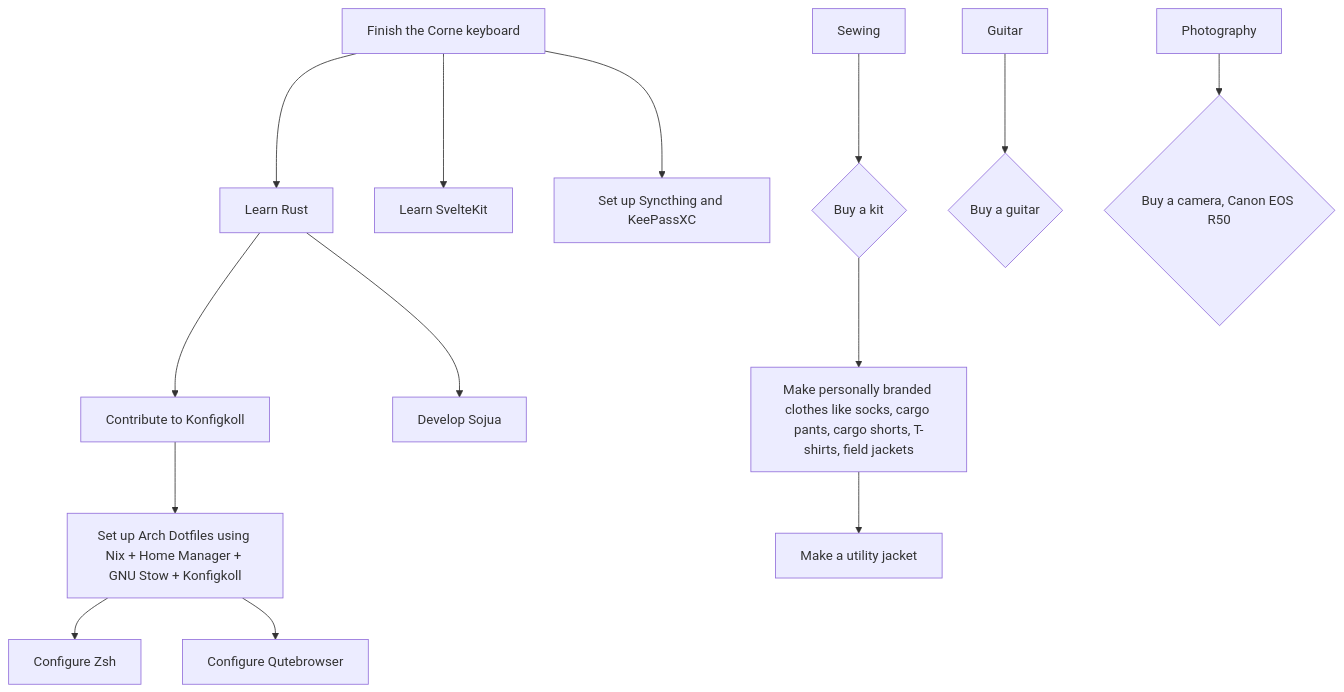
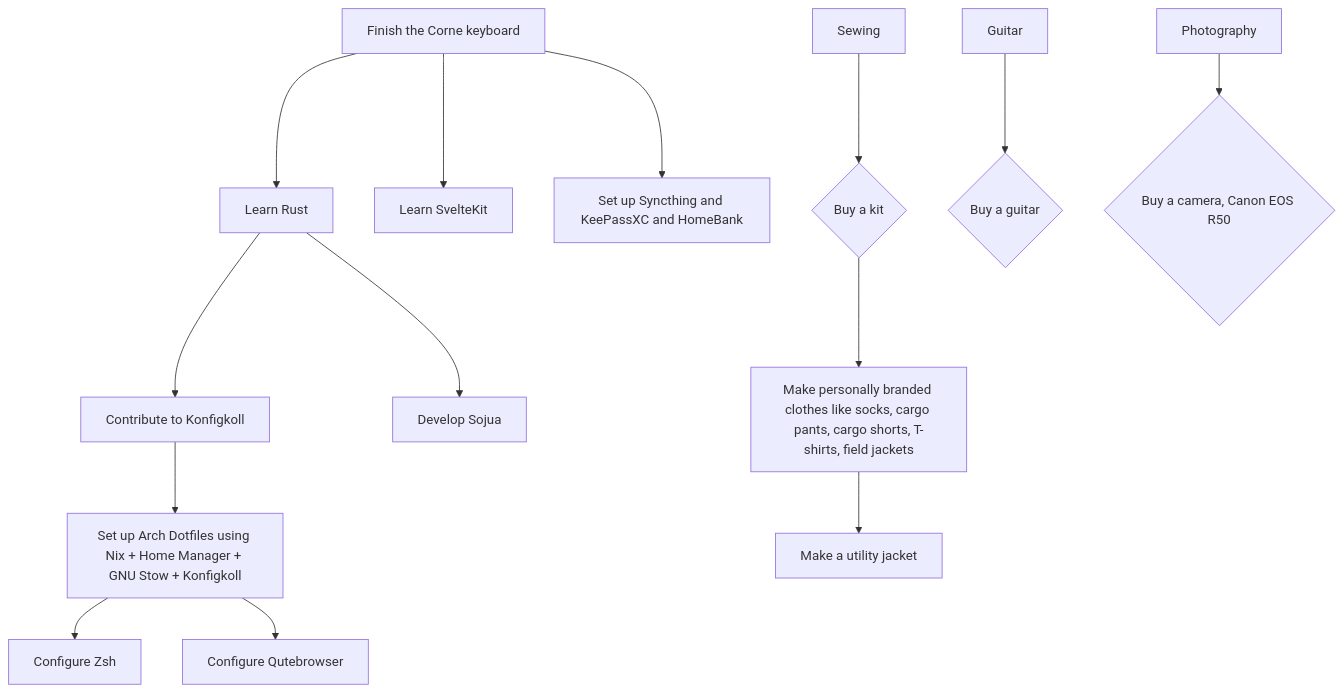
One commit to PokumeKachi/ybiau changed the first of 3 diagrams in notes/td7kggh8.md. Above: the diagram before and after it, drawn with Mermaid. The commit also changed 2 other files, not shown here.

Commit message:
feat: add stuff

````diff
--- a/notes/td7kggh8.md
+++ b/notes/td7kggh8.md
@@ -13,27 +13,27 @@
 ```mermaid
 graph TB
 
 Corne[Finish the Corne keyboard]-->Rust[Learn Rust]
 
     Rust-->Konfigkoll[Contribute to Konfigkoll]
 
         Konfigkoll-->Dotfiles[Set up Arch Dotfiles using Nix + Home Manager + GNU Stow + Konfigkoll]
 
             Dotfiles-->Zsh[Configure Zsh]
             Dotfiles-->Qute[Configure Qutebrowser]
 
     Rust-->Sojua[Develop Sojua]
 
 Corne-->SvelteKit[Learn SvelteKit]
 
-Corne-->Security[Set up Syncthing and KeePassXC]
+Corne-->Security[Set up Syncthing and KeePassXC and HomeBank]
 
 Sewing-->SewingExpense{Buy a kit}
 
     SewingExpense-->Personal[Make personally branded clothes like socks, cargo pants, cargo shorts, T-shirts, field jackets]
         Personal-->Jacket[Make a utility jacket]
 
 Guitar-->GuitarExpense{Buy a guitar}
 
 Photography-->PhotoExpense{Buy a camera, Canon EOS R50}
 ```
````
